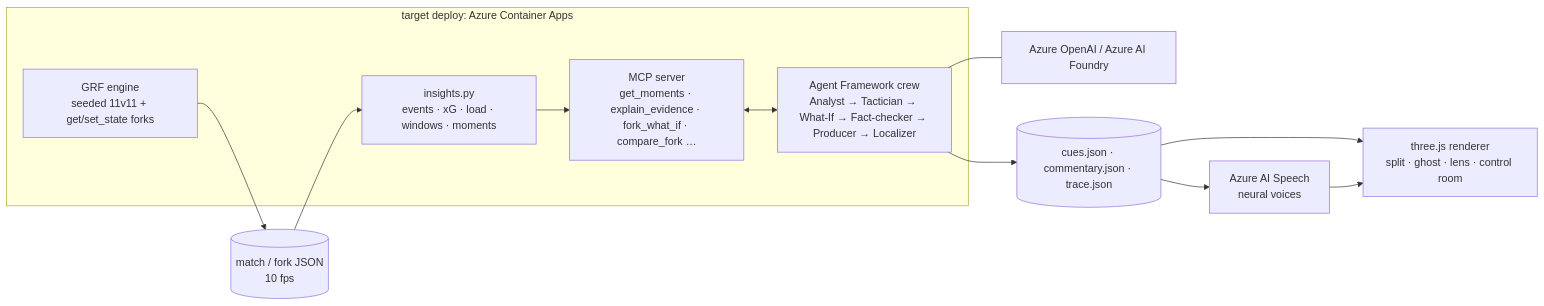
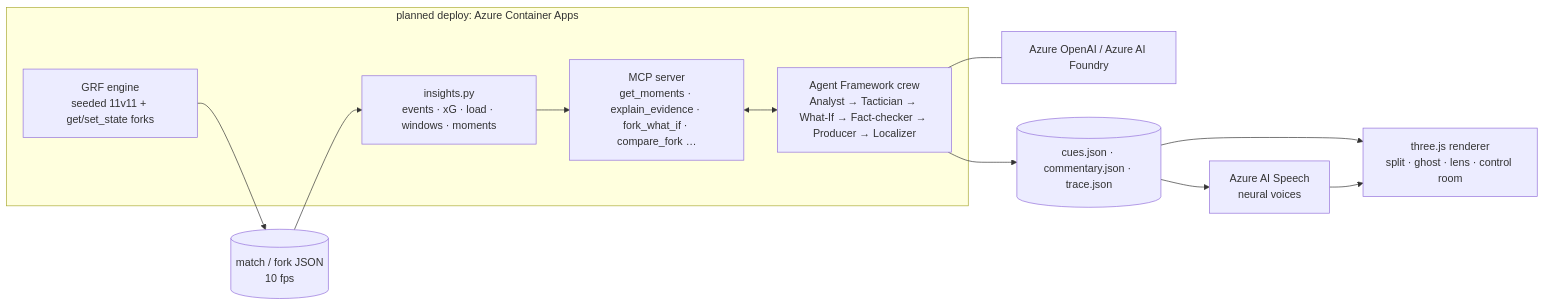
The diagram in README.md (Musti7even/counterplay), drawn with Mermaid before and after one commit. The commit also changed other lines of this file and 3 other files, not shown here.

Commit message:
video/README: no live-Azure claims - arch card drops Azure chips + Container Apps for one muted 'configurable backends' line; agent crew notes template fallback; README voice optional, Container Apps marked planned deploy

````diff
--- a/README.md
+++ b/README.md
@@ -19,18 +19,18 @@
 ```mermaid
 flowchart LR
   GRF["GRF engine<br/>seeded 11v11 + get/set_state forks"] --> J[("match / fork JSON<br/>10 fps")]
   J --> I["insights.py<br/>events · xG · load · windows · moments"]
   I --> M["MCP server<br/>get_moments · explain_evidence · fork_what_if · compare_fork …"]
   M <--> C["Agent Framework crew<br/>Analyst → Tactician → What-If → Fact-checker → Producer → Localizer"]
   C --- AOAI["Azure OpenAI / Azure AI Foundry"]
   C --> Q[("cues.json · commentary.json · trace.json")]
   Q --> W["three.js renderer<br/>split · ghost · lens · control room"]
   Q --> S["Azure AI Speech<br/>neural voices"]
   S --> W
-  subgraph ACA["target deploy: Azure Container Apps"]
+  subgraph ACA["planned deploy: Azure Container Apps"]
     GRF
     I
     M
     C
   end
 ```
````
